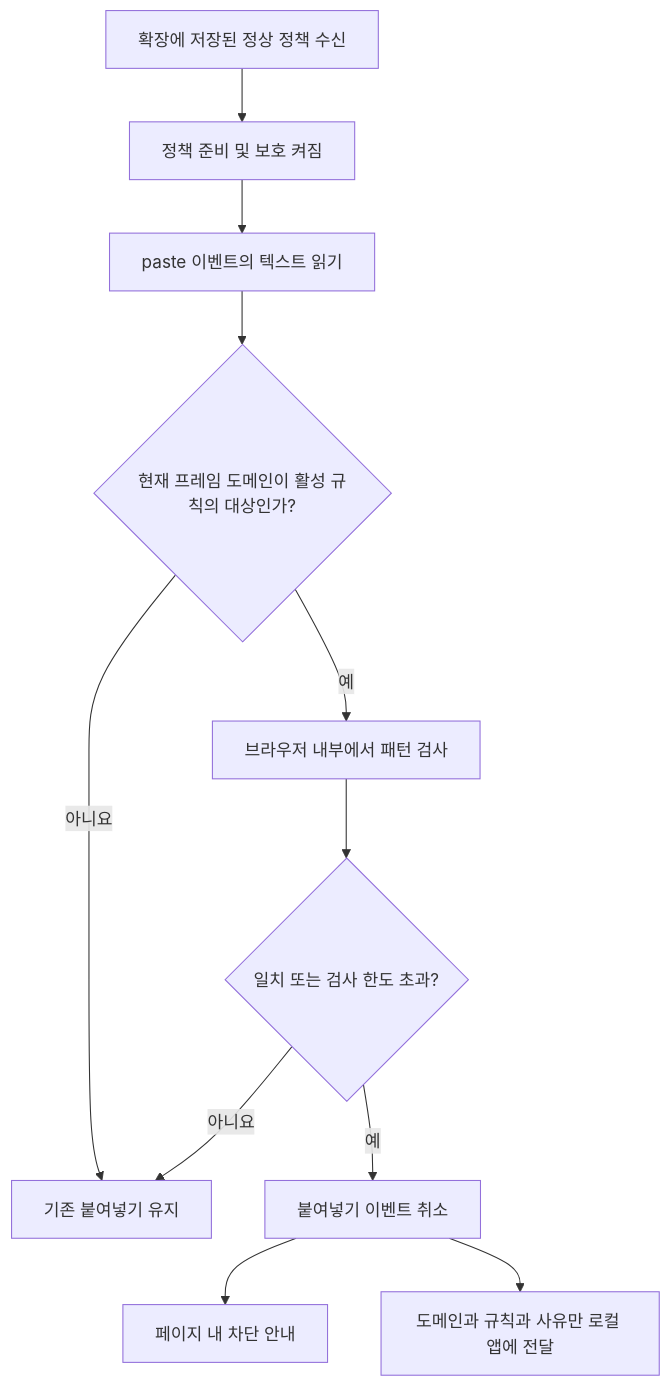
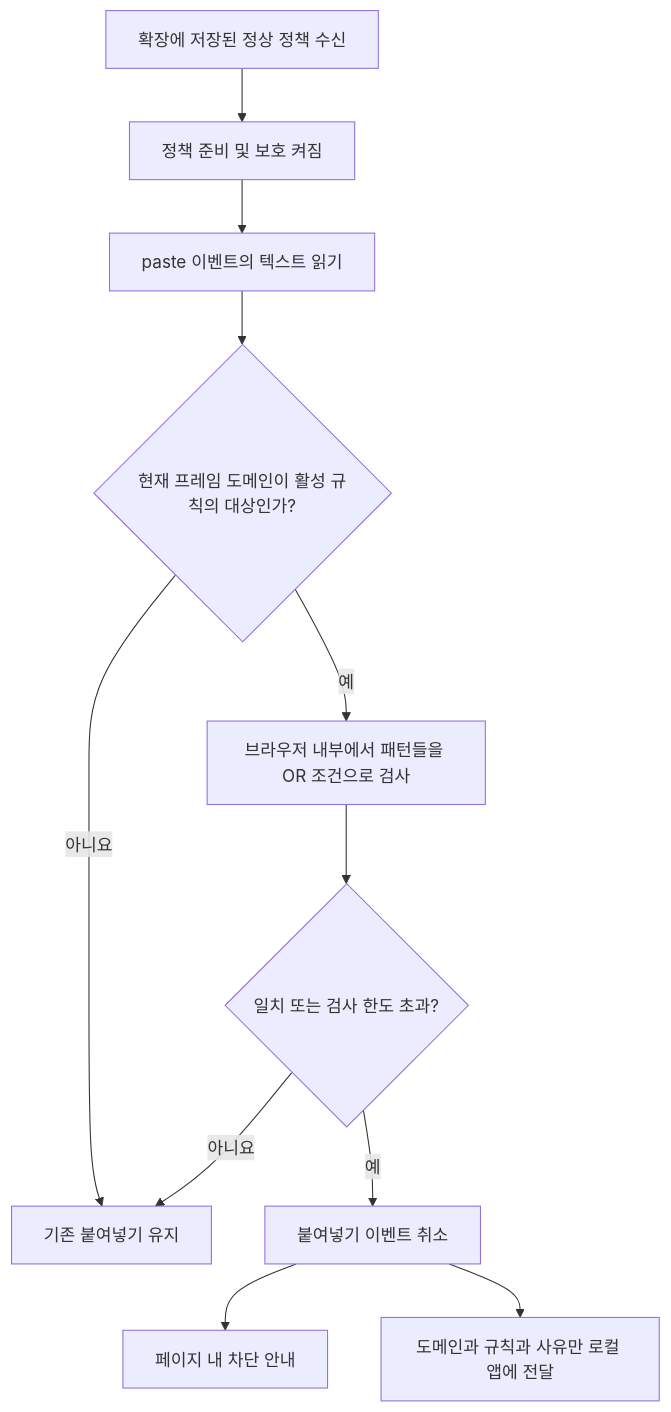
Before and after one commit to kigma00/CreMore-PasteGuard: the second of 2 diagrams in docs/how-it-works.md, drawn with Mermaid. The commit also changed other lines of this file and 19 other files, not shown here.

````diff
--- a/docs/how-it-works.md
+++ b/docs/how-it-works.md
@@ -48,13 +51,13 @@
 ```mermaid
 flowchart TD
     A[확장에 저장된 정상 정책 수신] --> B[정책 준비 및 보호 켜짐]
     B --> C[paste 이벤트의 텍스트 읽기]
     C --> D{현재 프레임 도메인이 활성 규칙의 대상인가?}
     D -->|아니요| E[기존 붙여넣기 유지]
-    D -->|예| F[브라우저 내부에서 패턴 검사]
+    D -->|예| F[브라우저 내부에서 패턴들을 OR 조건으로 검사]
     F --> G{일치 또는 검사 한도 초과?}
     G -->|아니요| E
     G -->|예| H[붙여넣기 이벤트 취소]
     H --> I[페이지 내 차단 안내]
     H --> J[도메인과 규칙과 사유만 로컬 앱에 전달]
 ```
````
